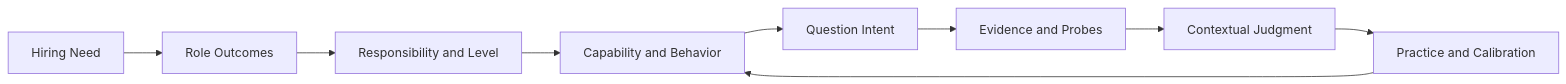
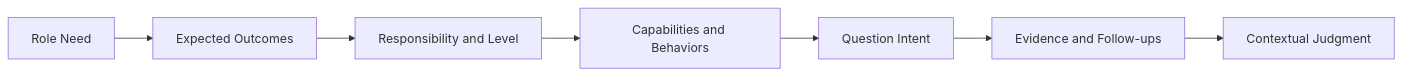
The first of 2 diagrams in src/content/projects/2026/10/interview-compass/en.md (Liyuk/liyuk.github.io), drawn with Mermaid before and after one commit. The commit also changed other lines of this file and 4 other files, not shown here.

````diff
--- a/src/content/projects/2026/10/interview-compass/en.md
+++ b/src/content/projects/2026/10/interview-compass/en.md
@@ -28,11 +40,9 @@
 ```mermaid
 flowchart LR
-    A[Hiring Need] --> B[Role Outcomes]
+    A[Role Need] --> B[Expected Outcomes]
     B --> C[Responsibility and Level]
-    C --> D[Capability and Behavior]
+    C --> D[Capabilities and Behaviors]
     D --> E[Question Intent]
-    E --> F[Evidence and Probes]
+    E --> F[Evidence and Follow-ups]
     F --> G[Contextual Judgment]
-    G --> H[Practice and Calibration]
-    H --> D
 ```
````
